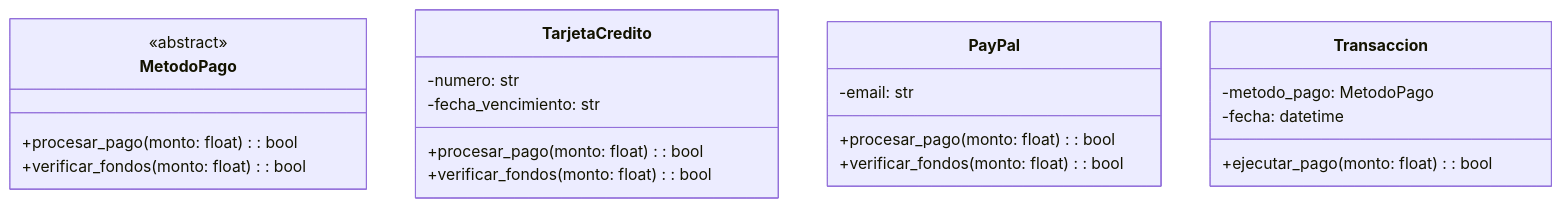
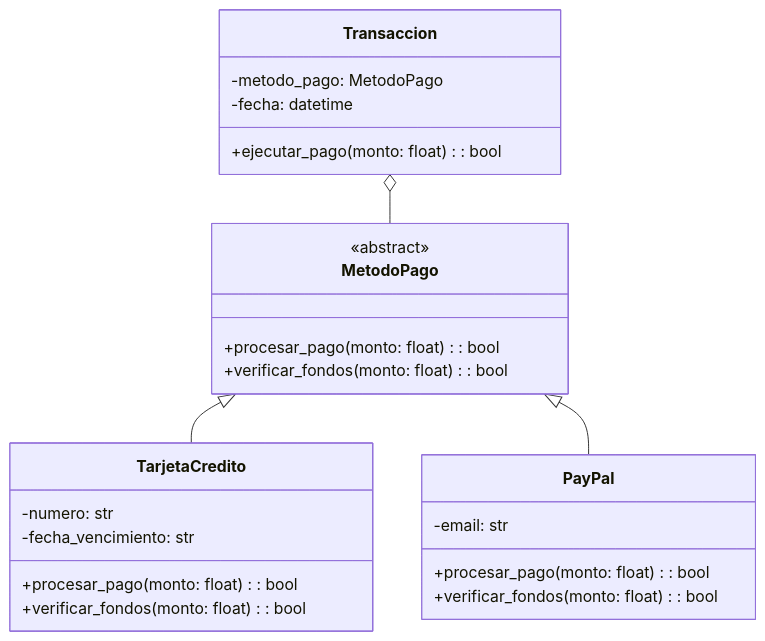
The second of 2 diagrams in 1-02-Concepto_y_aplicacion_de_la_abstraccion_en_POO.md (nahuelito2424/AOO), drawn with Mermaid before and after one commit.

````diff
--- a/1-02-Concepto_y_aplicacion_de_la_abstraccion_en_POO.md
+++ b/1-02-Concepto_y_aplicacion_de_la_abstraccion_en_POO.md
@@ -125,24 +125,28 @@
 ```mermaid
 classDiagram
     class MetodoPago {
         <<abstract>>
         +procesar_pago(monto: float): bool
         +verificar_fondos(monto: float): bool
     }
     class TarjetaCredito {
         -numero: str
         -fecha_vencimiento: str
         +procesar_pago(monto: float): bool
         +verificar_fondos(monto: float): bool
     }
     class PayPal {
         -email: str
         +procesar_pago(monto: float): bool
         +verificar_fondos(monto: float): bool
     }
     class Transaccion {	
         -metodo_pago: MetodoPago
         -fecha: datetime
         +ejecutar_pago(monto: float): bool
     }
+
+    MetodoPago <|-- TarjetaCredito
+    MetodoPago <|-- PayPal
+    Transaccion o-- MetodoPago
 ```
````
